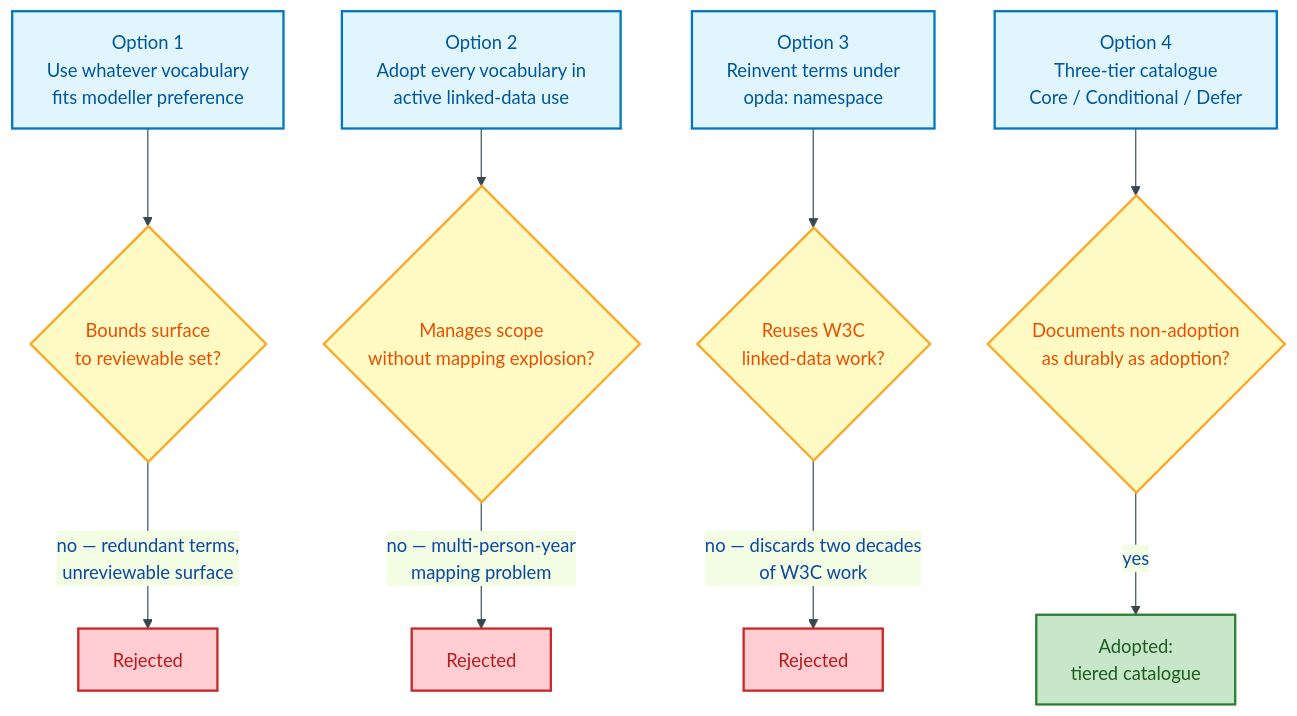
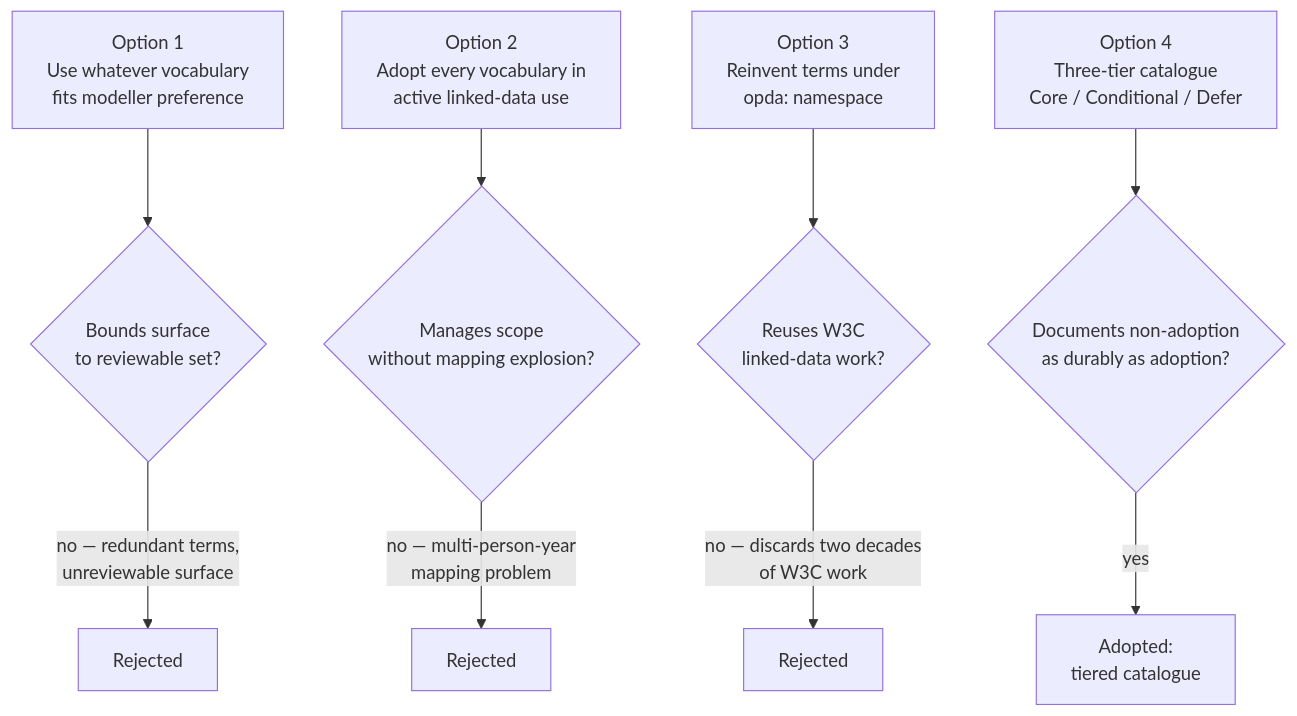
The first of 3 diagrams in docs/ontology/odr/ODR-0002-ontology-language-adoption.md (sparkling/opda), drawn with Mermaid before and after one commit. The commit also changed other lines of this file and 25 other files, not shown here.

````diff
--- a/docs/ontology/odr/ODR-0002-ontology-language-adoption.md
+++ b/docs/ontology/odr/ODR-0002-ontology-language-adoption.md
@@ -31,29 +31,24 @@
 ```mermaid
-%%{init:{"theme":"base","themeVariables":{"primaryColor":"#E3F2FD","primaryTextColor":"#0D47A1","primaryBorderColor":"#1565C0","lineColor":"#37474F"}}}%%
 flowchart TD
     accTitle: Options evaluated for vocabulary governance
     accDescr: Shows the three options considered and why only the tiered catalogue was chosen.
-    classDef process fill:#E1F5FE,stroke:#0277BD,stroke-width:2px,color:#01579B
-    classDef decision fill:#FFF9C4,stroke:#F9A825,stroke-width:2px,color:#E65100
-    classDef output fill:#C8E6C9,stroke:#2E7D32,stroke-width:2px,color:#1B5E20
-    classDef rejected fill:#FFCDD2,stroke:#C62828,stroke-width:2px,color:#B71C1C
 
     O1["Option 1<br/>Use whatever vocabulary<br/>fits modeller preference"]:::process
     O2["Option 2<br/>Adopt every vocabulary in<br/>active linked-data use"]:::process
     O3["Option 3<br/>Reinvent terms under<br/>opda: namespace"]:::process
     O4["Option 4<br/>Three-tier catalogue<br/>Core / Conditional / Defer"]:::process
 
-    D1{"Bounds surface<br/>to reviewable set?"}:::decision
-    D2{"Manages scope<br/>without mapping explosion?"}:::decision
-    D3{"Reuses W3C<br/>linked-data work?"}:::decision
-    D4{"Documents non-adoption<br/>as durably as adoption?"}:::decision
+    D1{"Bounds surface<br/>to reviewable set?"}:::warning
+    D2{"Manages scope<br/>without mapping explosion?"}:::warning
+    D3{"Reuses W3C<br/>linked-data work?"}:::warning
+    D4{"Documents non-adoption<br/>as durably as adoption?"}:::warning
 
     O1 --> D1
-    D1 -->|"no — redundant terms,<br/>unreviewable surface"| R1["Rejected"]:::rejected
+    D1 -->|"no — redundant terms,<br/>unreviewable surface"| R1["Rejected"]:::error
     O2 --> D2
-    D2 -->|"no — multi-person-year<br/>mapping problem"| R2["Rejected"]:::rejected
+    D2 -->|"no — multi-person-year<br/>mapping problem"| R2["Rejected"]:::error
     O3 --> D3
-    D3 -->|"no — discards two decades<br/>of W3C work"| R3["Rejected"]:::rejected
+    D3 -->|"no — discards two decades<br/>of W3C work"| R3["Rejected"]:::error
     O4 --> D4
-    D4 -->|"yes"| C["Adopted:<br/>tiered catalogue"]:::output
+    D4 -->|"yes"| C["Adopted:<br/>tiered catalogue"]:::success
 ```
````
